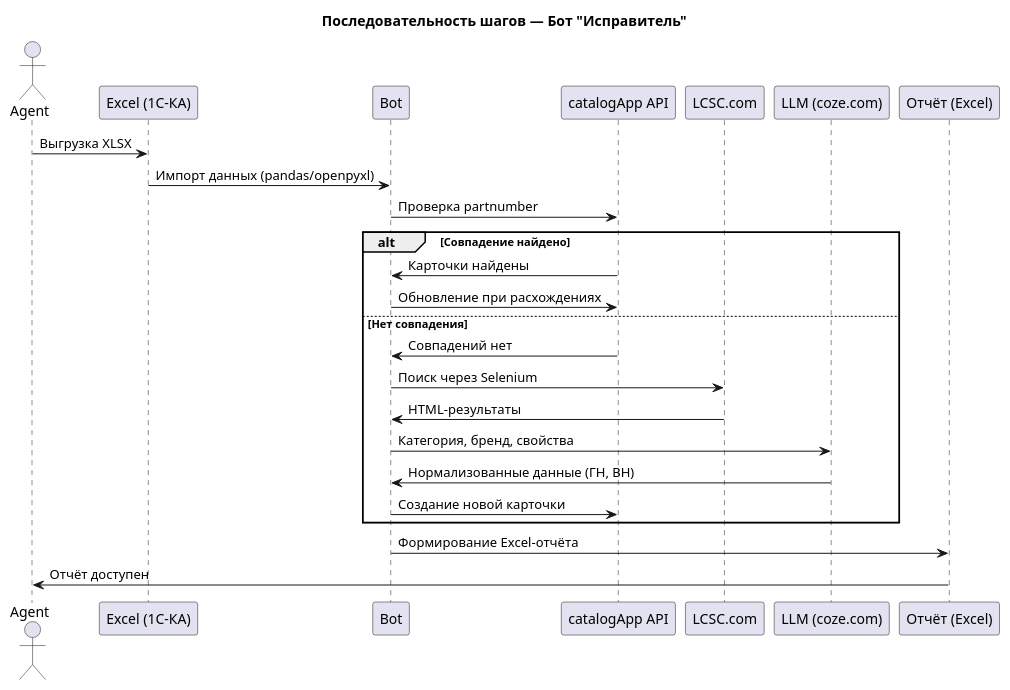
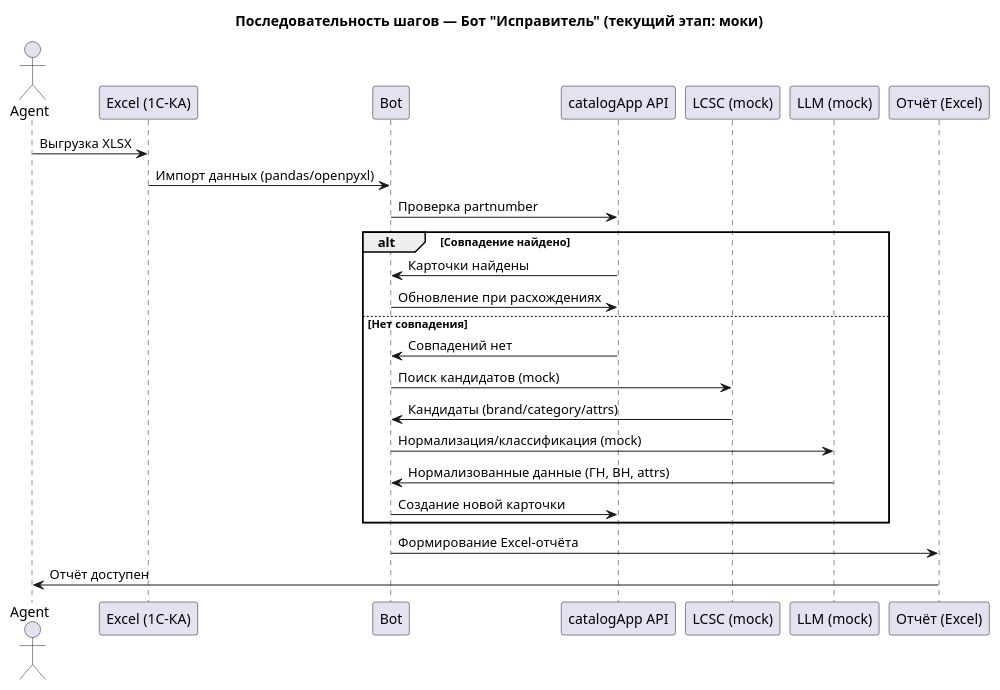
Before and after one commit to HR25-HUB/Ispravitel_ek: the diagram in sequence_diagram.puml, drawn with PlantUML. The commit also changed 46 other files, not shown here.

```diff
--- a/sequence_diagram.puml
+++ b/sequence_diagram.puml
@@ -1,30 +1,30 @@
-@startuml
-title Последовательность шагов — Бот "Исправитель"
+@startuml sequence_bot_ispravitel
+title Последовательность шагов — Бот "Исправитель" (текущий этап: моки)
 
 actor Agent
 participant "Excel (1С-КА)" as Excel
 participant "Bot" as Bot
 participant "catalogApp API" as Catalog
-participant "LCSC.com" as LCSC
-participant "LLM (coze.com)" as LLM
+participant "LCSC (mock)" as LCSC
+participant "LLM (mock)" as LLM
 participant "Отчёт (Excel)" as Report
 
 Agent -> Excel : Выгрузка XLSX
 Excel -> Bot : Импорт данных (pandas/openpyxl)
 
 Bot -> Catalog : Проверка partnumber
 alt Совпадение найдено
     Catalog -> Bot : Карточки найдены
     Bot -> Catalog : Обновление при расхождениях
 else Нет совпадения
     Catalog -> Bot : Совпадений нет
-    Bot -> LCSC : Поиск через Selenium
-    LCSC -> Bot : HTML-результаты
-    Bot -> LLM : Категория, бренд, свойства
-    LLM -> Bot : Нормализованные данные (ГН, ВН)
+    Bot -> LCSC : Поиск кандидатов (mock)
+    LCSC -> Bot : Кандидаты (brand/category/attrs)
+    Bot -> LLM : Нормализация/классификация (mock)
+    LLM -> Bot : Нормализованные данные (ГН, ВН, attrs)
     Bot -> Catalog : Создание новой карточки
 end
 
 Bot -> Report : Формирование Excel-отчёта
 Report -> Agent : Отчёт доступен
 @enduml
```
